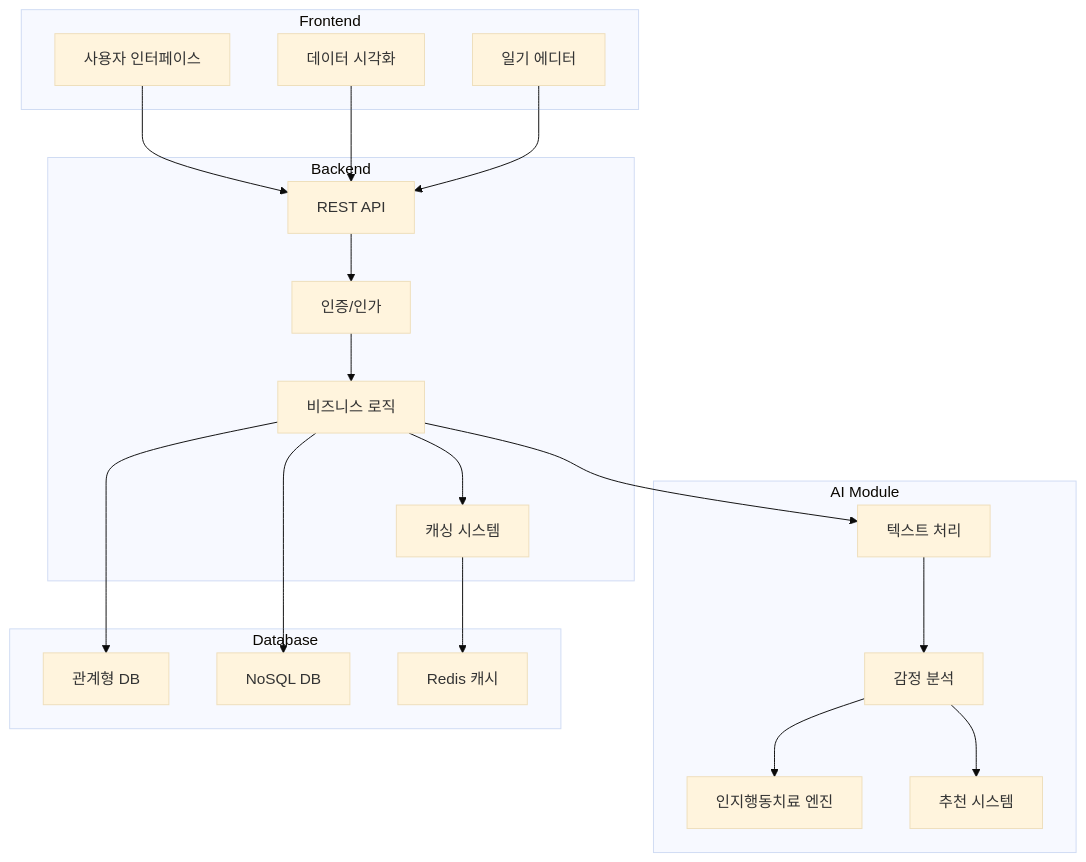
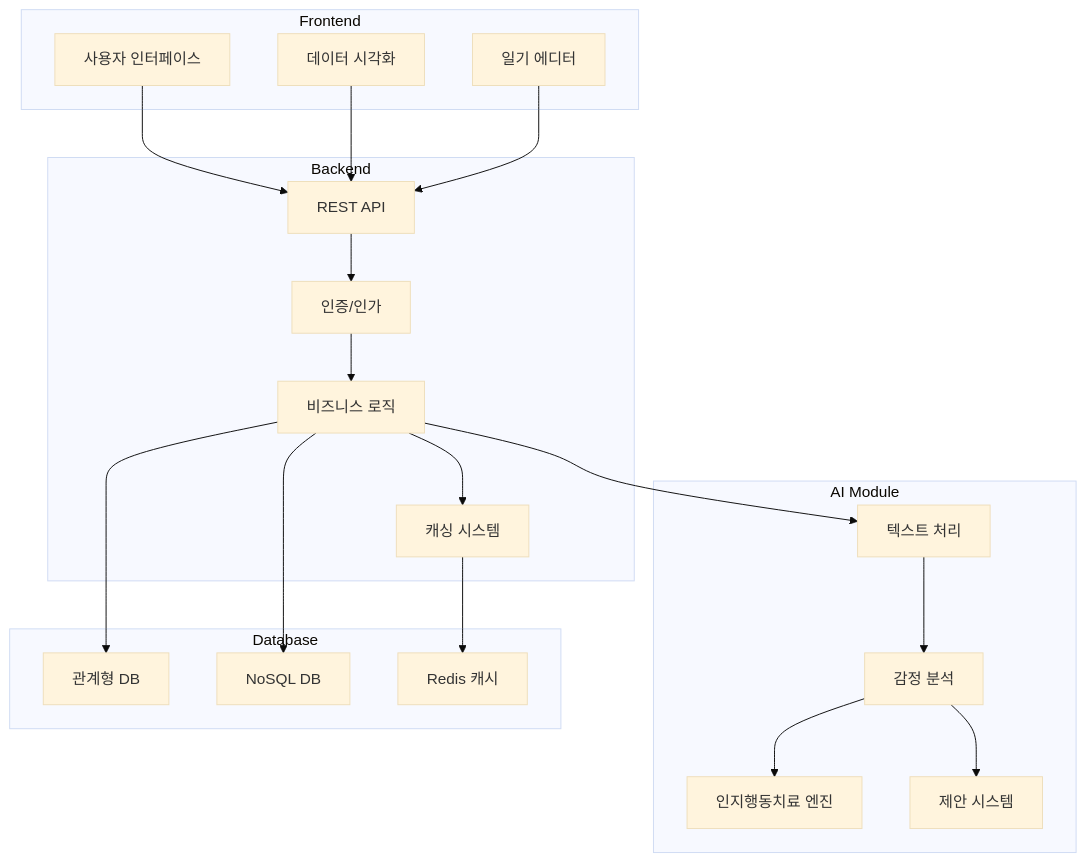
One commit to choisimo/document changed the second of 10 diagrams in content/archive/legacy/QnA-MarkDown/emotion_diary/ver_2/add.md. Above: the diagram before and after it, drawn with Mermaid (base theme). The commit also changed other lines of this file and 432 other files, not shown here.

````diff
--- a/content/archive/legacy/QnA-MarkDown/emotion_diary/ver_2/add.md
+++ b/content/archive/legacy/QnA-MarkDown/emotion_diary/ver_2/add.md
@@ -46,42 +46,42 @@
 ```mermaid
 flowchart TD
     subgraph "Frontend"
         UI[사용자 인터페이스]
         VIS[데이터 시각화]
         EDI[일기 에디터]
     end
-    
+
     subgraph "Backend"
         API[REST API]
         AUTH[인증/인가]
         BL[비즈니스 로직]
         CACHE[캐싱 시스템]
     end
-    
+
     subgraph "AI Module"
         NLP[텍스트 처리]
         EA[감정 분석]
         CBT[인지행동치료 엔진]
-        REC[추천 시스템]
+        REC[제안 시스템]
     end
-    
+
     subgraph "Database"
         RDB[관계형 DB]
         NOSQL[NoSQL DB]
         REDIS[Redis 캐시]
     end
-    
+
     UI --> API
     VIS --> API
     EDI --> API
     API --> AUTH
     AUTH --> BL
     BL --> NLP
     BL --> CACHE
     NLP --> EA
     EA --> CBT
     EA --> REC
     BL --> RDB
     BL --> NOSQL
     CACHE --> REDIS
 ```
````
